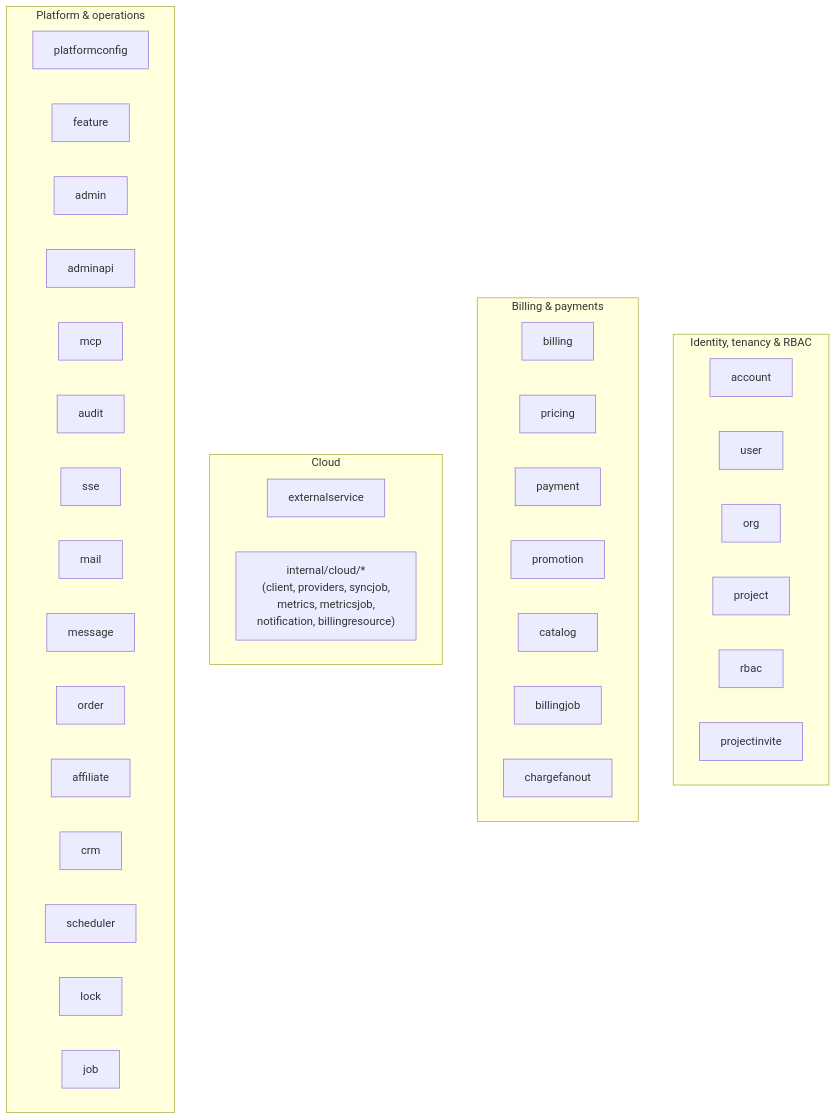
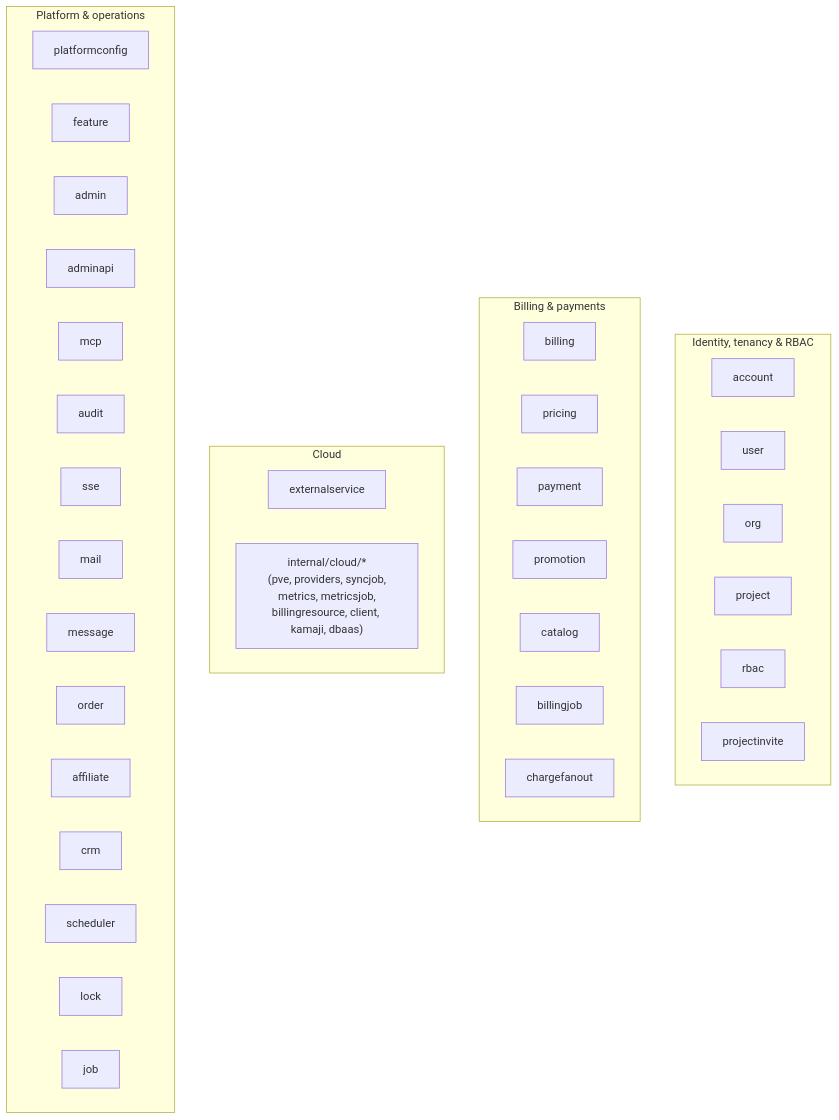
The sixth of 7 diagrams in docs/architecture.md (mutex-solutions/proxcloud), drawn with Mermaid before and after one commit. The commit also changed other lines of this file and 44 other files, not shown here.

````diff
--- a/docs/architecture.md
+++ b/docs/architecture.md
@@ -287,41 +288,41 @@
 ```mermaid
 flowchart TB
     subgraph ID["Identity, tenancy & RBAC"]
         account["account"]
         user["user"]
         org["org"]
         project["project"]
         rbac["rbac"]
         projectinvite["projectinvite"]
     end
     subgraph BILL["Billing & payments"]
         billing["billing"]
         pricing["pricing"]
         payment["payment"]
         promotion["promotion"]
         catalog["catalog"]
         billingjob["billingjob"]
         chargefanout["chargefanout"]
     end
     subgraph CLOUD["Cloud"]
         externalservice["externalservice"]
-        cloudpkg["internal/cloud/*<br/>(client, providers, syncjob,<br/>metrics, metricsjob,<br/>notification, billingresource)"]
+        cloudpkg["internal/cloud/*<br/>(pve, providers, syncjob,<br/>metrics, metricsjob,<br/>billingresource, client, kamaji, dbaas)"]
     end
     subgraph PLAT["Platform & operations"]
         platformconfig["platformconfig"]
         feature["feature"]
         admin["admin"]
         adminapi["adminapi"]
         mcp["mcp"]
         audit["audit"]
         sse["sse"]
         mail["mail"]
         message["message"]
         order["order"]
         affiliate["affiliate"]
         crm["crm"]
         scheduler["scheduler"]
         lock["lock"]
         job["job"]
     end
 ```
````
